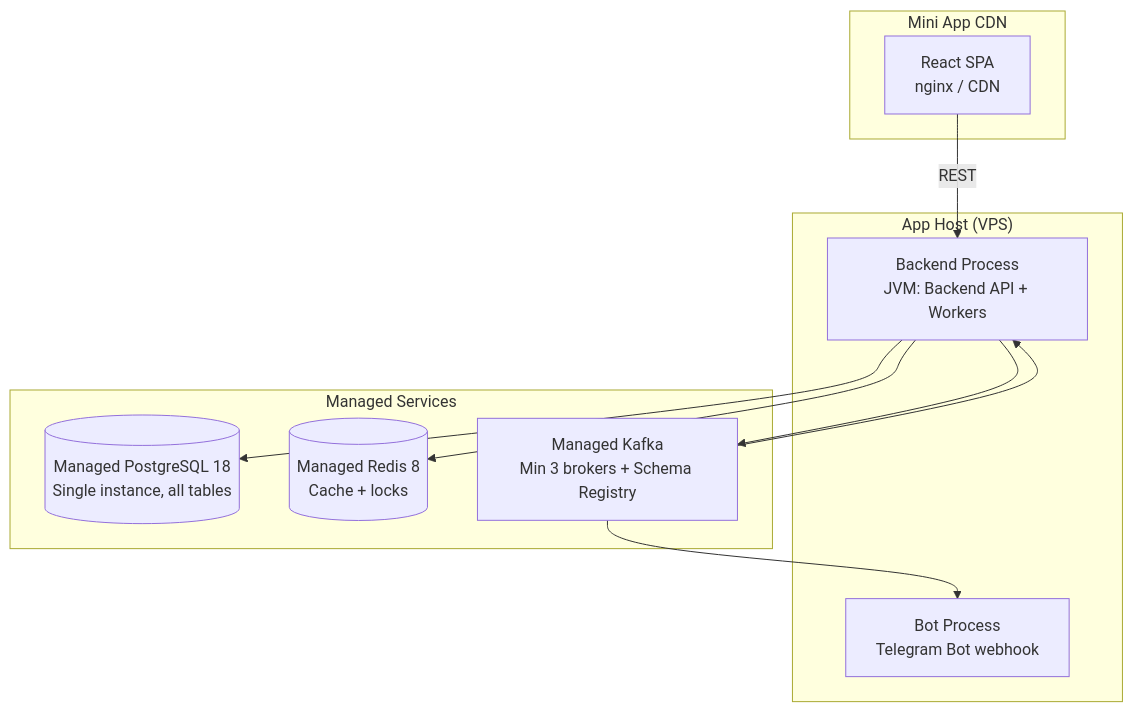
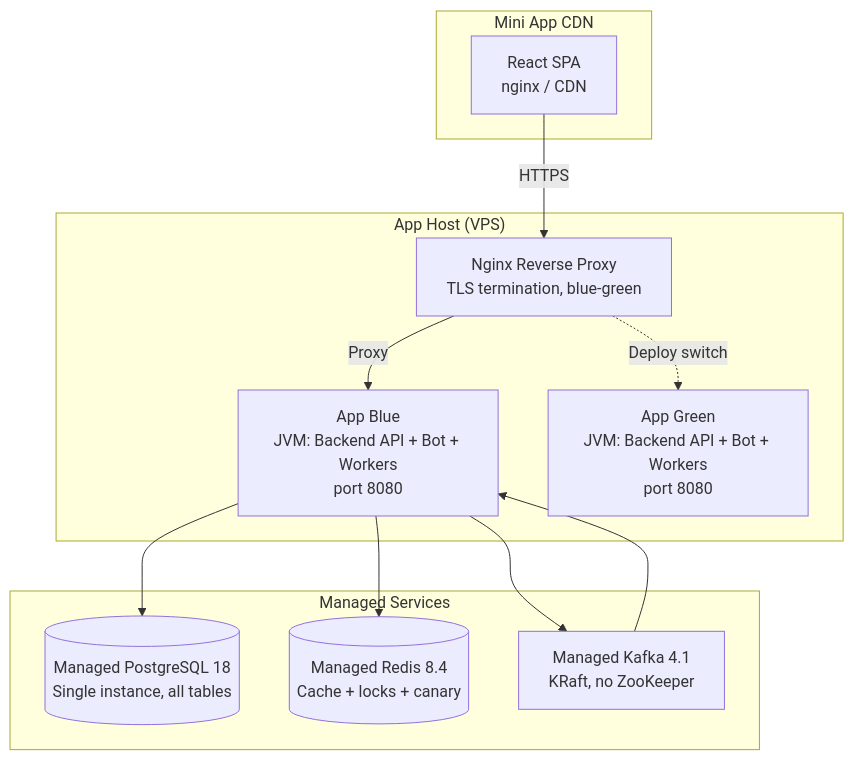
One commit to lonmstalker/advert-market changed the first of 2 diagrams in .memory-bank/09-deployment.md. Above: the diagram before and after it, drawn with Mermaid. The commit also changed other lines of this file and 27 other files, not shown here.

````diff
--- a/.memory-bank/09-deployment.md
+++ b/.memory-bank/09-deployment.md
@@ -9,24 +9,26 @@
 ```mermaid
 flowchart TB
     subgraph "Mini App CDN"
         MINI[React SPA<br/>nginx / CDN]
     end
 
     subgraph "App Host (VPS)"
-        BE[Backend Process<br/>JVM: Backend API + Workers]
-        BOT[Bot Process<br/>Telegram Bot webhook]
+        NGX[Nginx Reverse Proxy<br/>TLS termination, blue-green]
+        BLUE[App Blue<br/>JVM: Backend API + Bot + Workers<br/>port 8080]
+        GREEN[App Green<br/>JVM: Backend API + Bot + Workers<br/>port 8080]
     end
 
     subgraph "Managed Services"
         PG[(Managed PostgreSQL 18<br/>Single instance, all tables)]
-        RD[(Managed Redis 8<br/>Cache + locks)]
-        KF[Managed Kafka<br/>Min 3 brokers + Schema Registry]
+        RD[(Managed Redis 8.4<br/>Cache + locks + canary)]
+        KF[Managed Kafka 4.1<br/>KRaft, no ZooKeeper]
     end
 
-    MINI -->|REST| BE
-    BE --> PG
-    BE --> RD
-    BE --> KF
-    KF --> BE
-    KF --> BOT
+    MINI -->|HTTPS| NGX
+    NGX -->|Proxy| BLUE
+    NGX -.->|Deploy switch| GREEN
+    BLUE --> PG
+    BLUE --> RD
+    BLUE --> KF
+    KF --> BLUE
 ```
````
